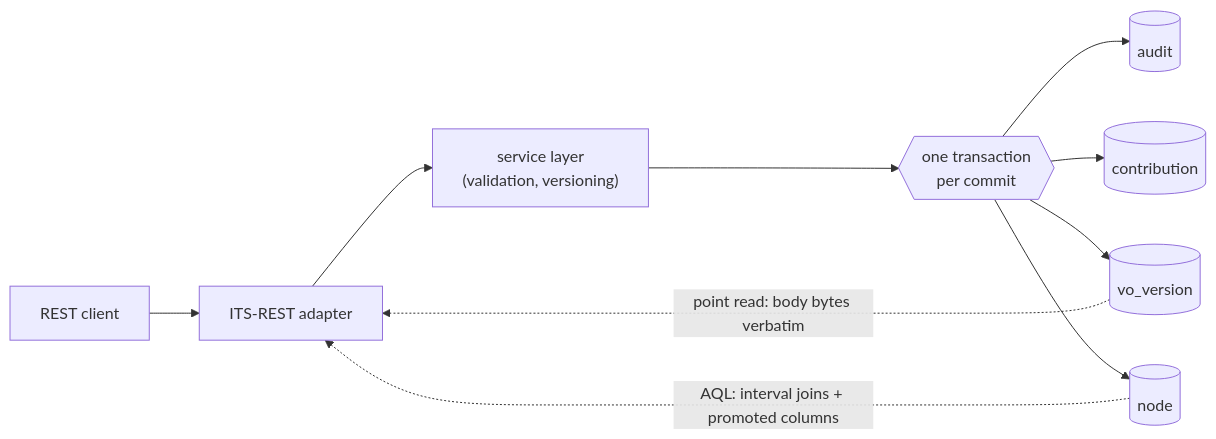
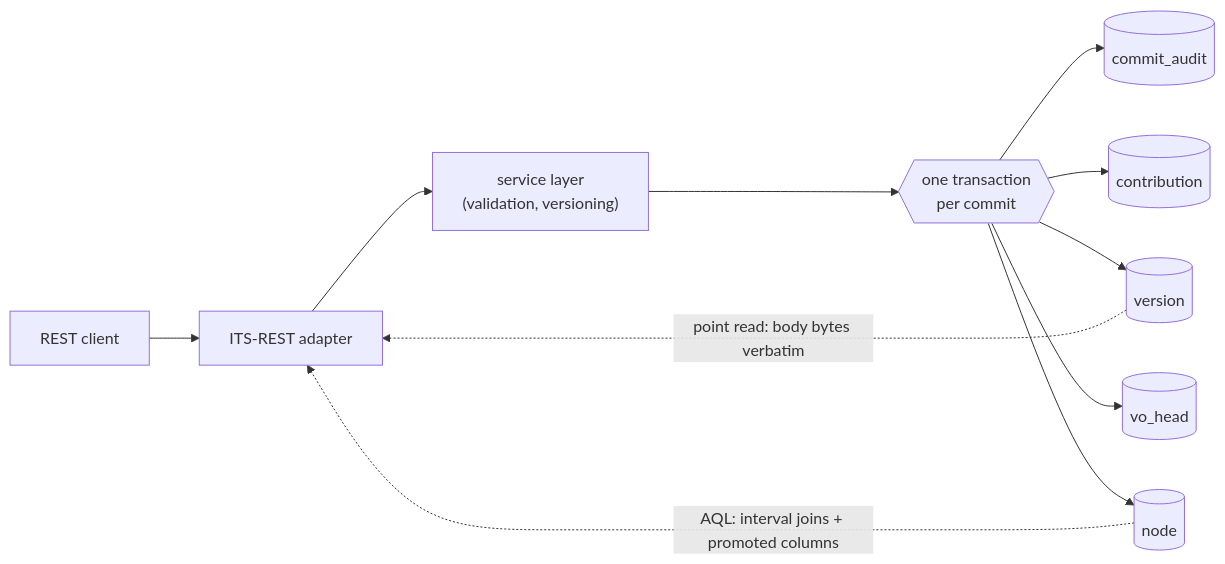
The first of 6 diagrams in website/book/src/concepts/storage.md (rubentalstra/FerroEHR), drawn with Mermaid before and after one commit. The commit also changed other lines of this file and 2 other files, not shown here.

First line of the commit message:
docs: the storage page, the architecture record and the security chapter describe the second generation

````diff
--- a/website/book/src/concepts/storage.md
+++ b/website/book/src/concepts/storage.md
@@ -34,12 +34,13 @@
 ```mermaid
 flowchart LR
     client[REST client] --> rest["ITS-REST adapter"]
     rest --> svc["service layer<br/>(validation, versioning)"]
     svc --> tx{{"one transaction<br/>per commit"}}
-    tx --> audit[(audit)]
+    tx --> audit[(commit_audit)]
     tx --> contrib[(contribution)]
-    tx --> vov[(vo_version)]
+    tx --> vov[(version)]
+    tx --> head[(vo_head)]
     tx --> node[(node)]
     vov -. "point read: body bytes verbatim" .-> rest
     node -. "AQL: interval joins + promoted columns" .-> rest
 ```
````
